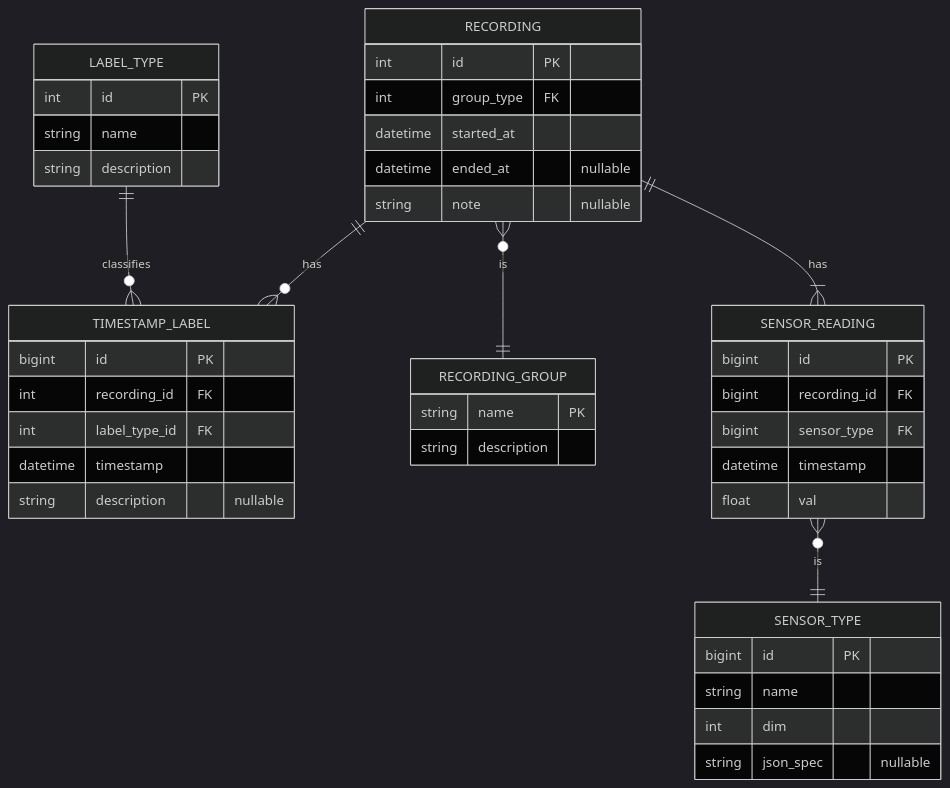
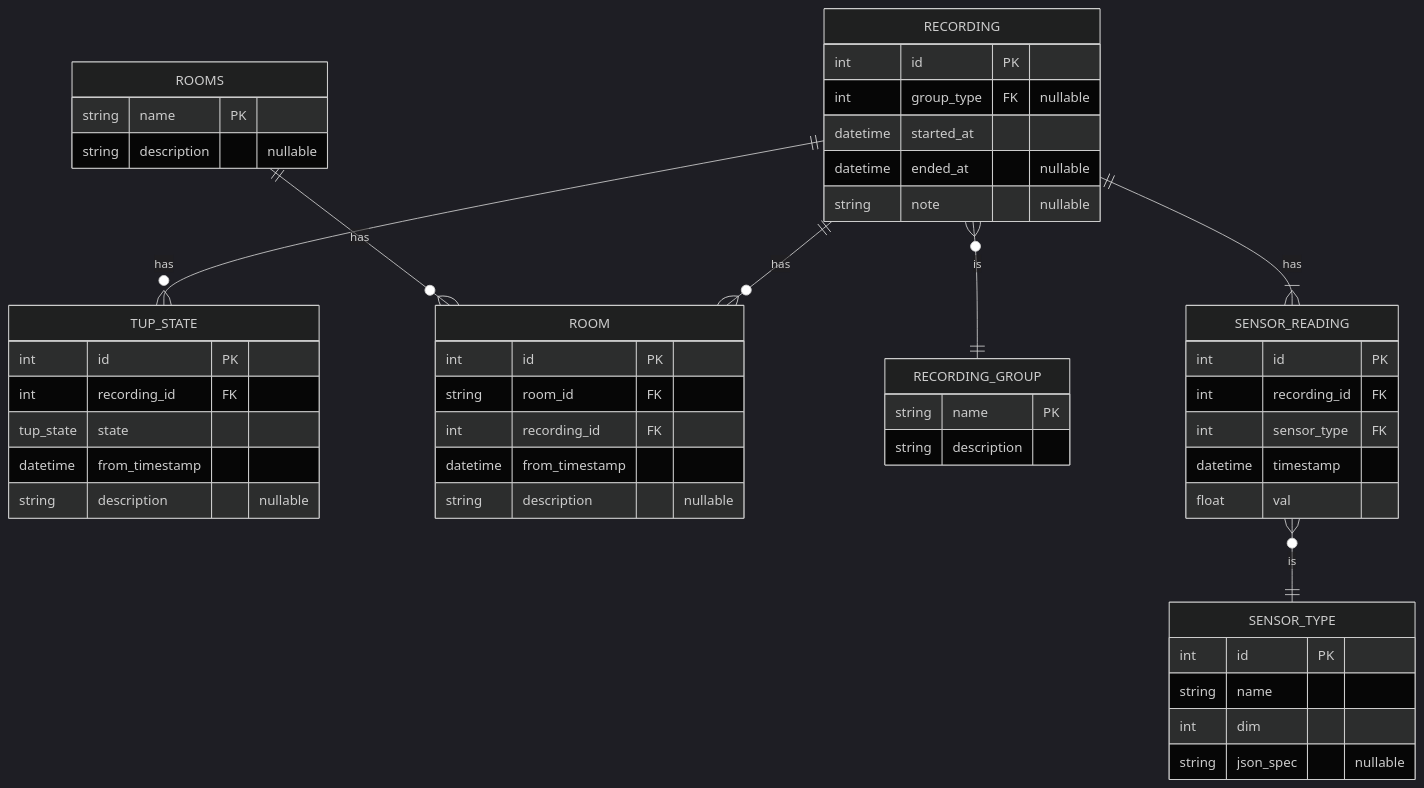
The diagram in labs/TupTrack/docs/db-schema.md (PrzemyslawBorczak1/TupTup), drawn with Mermaid (dark theme) before and after one commit. The commit also changed 11 other files, not shown here.

````diff
--- a/labs/TupTrack/docs/db-schema.md
+++ b/labs/TupTrack/docs/db-schema.md
@@ -4,49 +4,58 @@
 ```mermaid
 erDiagram
-    RECORDING ||--o{ TIMESTAMP_LABEL : has
+    RECORDING ||--o{ TUP_STATE : has
+    RECORDING ||--o{ ROOM : has
+    ROOMS ||--o{ ROOM : has
     RECORDING }o--|| RECORDING_GROUP : is
-    LABEL_TYPE ||--o{ TIMESTAMP_LABEL : classifies
     RECORDING ||--|{ SENSOR_READING : has
     SENSOR_READING }o--|| SENSOR_TYPE : is
 
     RECORDING {
         int id PK
-        int group_type FK
+        int group_type FK "nullable"
         datetime started_at
         datetime ended_at "nullable"
         string note "nullable"
     }
 
     SENSOR_READING {
-        bigint id PK
-        bigint recording_id FK
-        bigint sensor_type FK
+        int id PK
+        int recording_id FK
+        int sensor_type FK
         datetime timestamp
         float val
     }
 
     SENSOR_TYPE {
-        bigint id PK
+        int id PK
         string name
         int dim
         string json_spec "nullable"
     }
 
-    LABEL_TYPE {
+    TUP_STATE  {
         int id PK
-        string name
-        string description 
-    }
-    TIMESTAMP_LABEL {
-        bigint id PK
         int recording_id FK
-        int label_type_id FK
-        datetime timestamp
+        tup_state state
+        datetime from_timestamp
         string description "nullable"
     }
 
+    ROOMS{
+        string name PK
+        string description "nullable"
+    }
+
+    ROOM  {
+        int id PK
+        string room_id FK
+        int recording_id FK
+        datetime from_timestamp
+        string description "nullable"
+    }
+   
     RECORDING_GROUP{
         string name PK
         string description
     }
 ```
````
